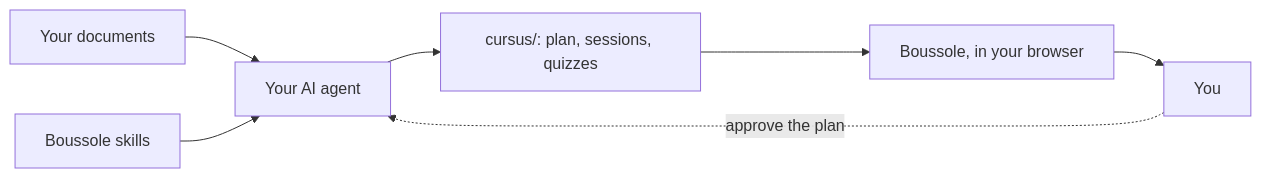
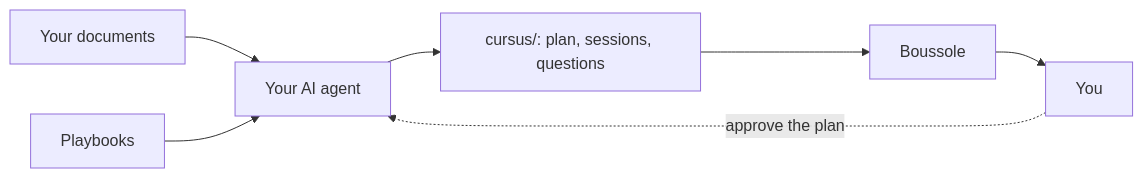
Before and after one commit to lucasssoh/Boussole: the diagram in guide/en/cursus/01-boussole/g1-what-boussole-is.md, drawn with Mermaid. The commit also changed other lines of this file and 18 other files, not shown here.

````diff
--- a/guide/en/cursus/01-boussole/g1-what-boussole-is.md
+++ b/guide/en/cursus/01-boussole/g1-what-boussole-is.md
@@ -56,9 +53,9 @@
 ```mermaid
 flowchart LR
   D["Your documents"] --> A["Your AI agent"]
-  S["Boussole skills"] --> A
-  A --> C["cursus/: plan, sessions, quizzes"]
-  C --> B["Boussole, in your browser"]
+  S["Playbooks"] --> A
+  A --> C["cursus/: plan, sessions, questions"]
+  C --> B["Boussole"]
   B --> T["You"]
   T -. "approve the plan" .-> A
 ```
````
